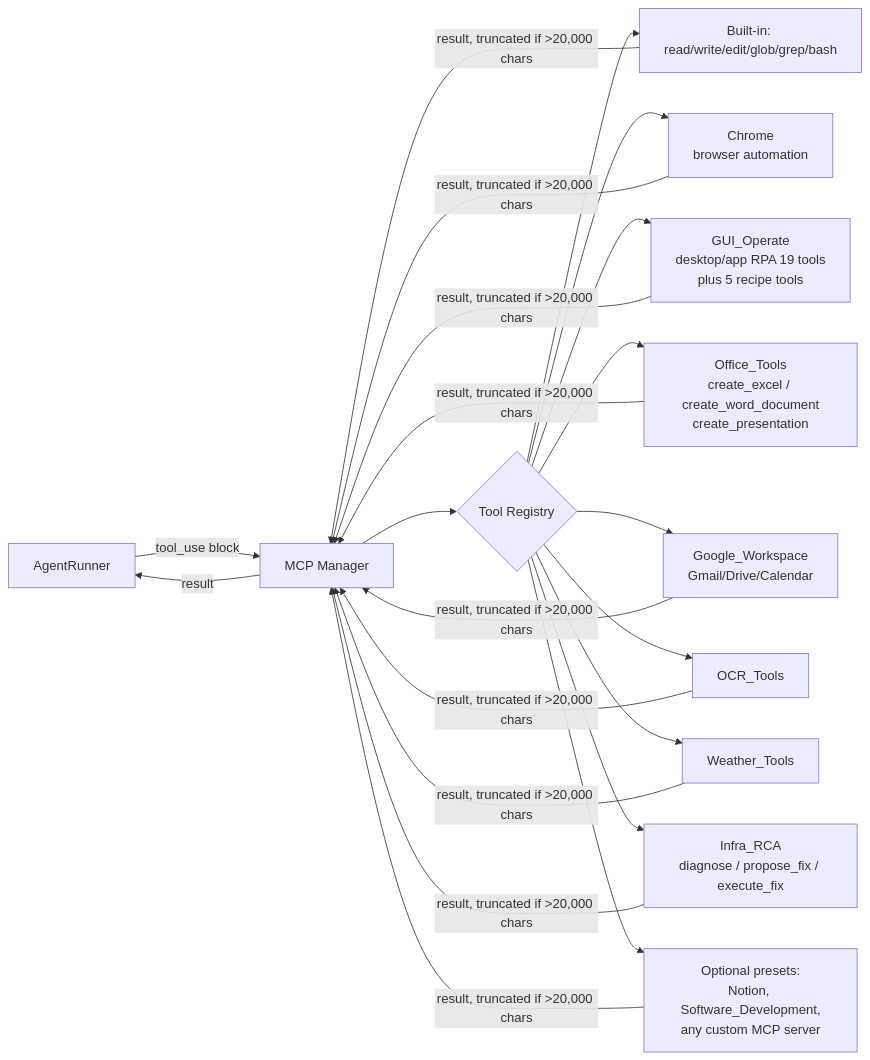
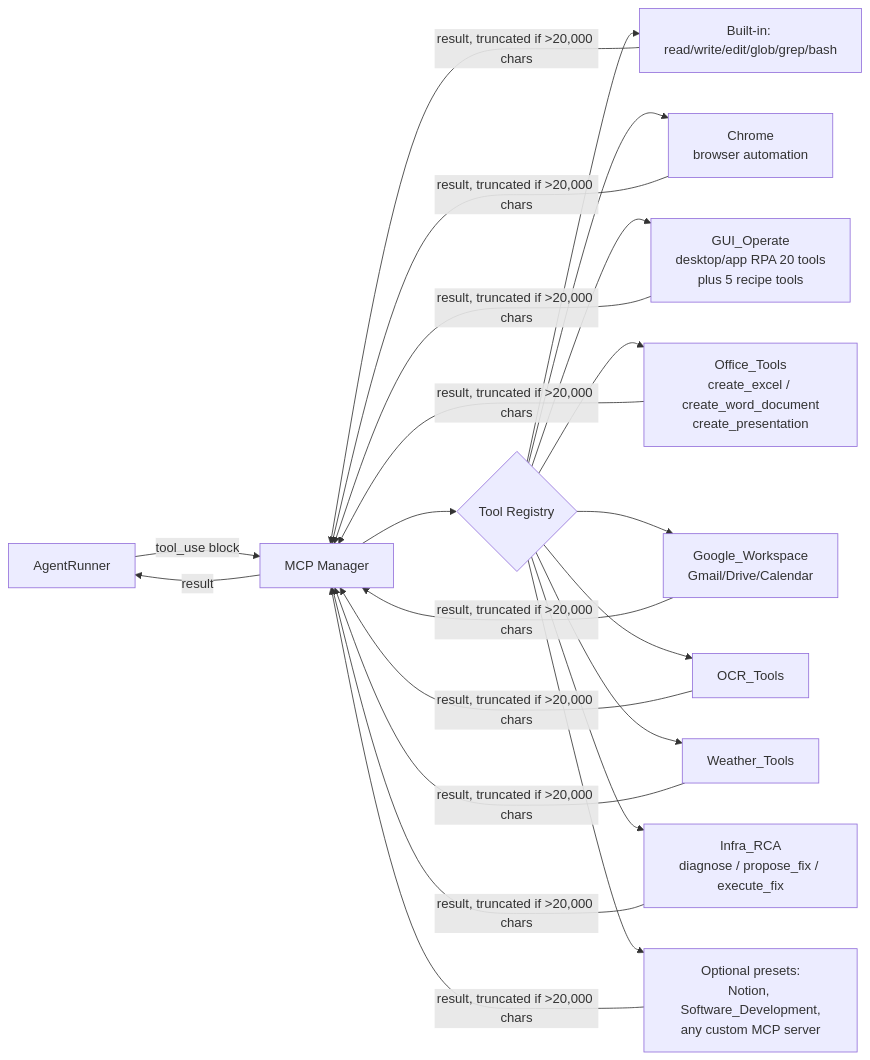
One commit to dineshsrivastava07-cell/dsr-CoworkAI changed the sixth of 16 diagrams in Architecture.md. Above: the diagram before and after it, drawn with Mermaid. The commit also changed other lines of this file and 19 other files, not shown here.

````diff
--- a/Architecture.md
+++ b/Architecture.md
@@ -211,16 +211,16 @@
 ```mermaid
 flowchart LR
     AR[AgentRunner] -->|tool_use block| MCPMgr[MCP Manager]
     MCPMgr --> Reg{Tool Registry}
     Reg --> FS[Built-in: read/write/edit/glob/grep/bash]
     Reg --> BR[Chrome\nbrowser automation]
-    Reg --> RPA[GUI_Operate\ndesktop/app RPA 19 tools\nplus 5 recipe tools]
+    Reg --> RPA[GUI_Operate\ndesktop/app RPA 20 tools\nplus 5 recipe tools]
     Reg --> OT[Office_Tools\ncreate_excel / create_word_document\ncreate_presentation]
     Reg --> GW[Google_Workspace\nGmail/Drive/Calendar]
     Reg --> OCR[OCR_Tools]
     Reg --> WX[Weather_Tools]
     Reg --> IRCA[Infra_RCA\ndiagnose / propose_fix / execute_fix]
     Reg --> CUS[Optional presets:\nNotion, Software_Development,\nany custom MCP server]
     FS & BR & RPA & OT & GW & OCR & WX & IRCA & CUS -->|result, truncated if >20,000 chars| MCPMgr
     MCPMgr -->|result| AR
 ```
````
